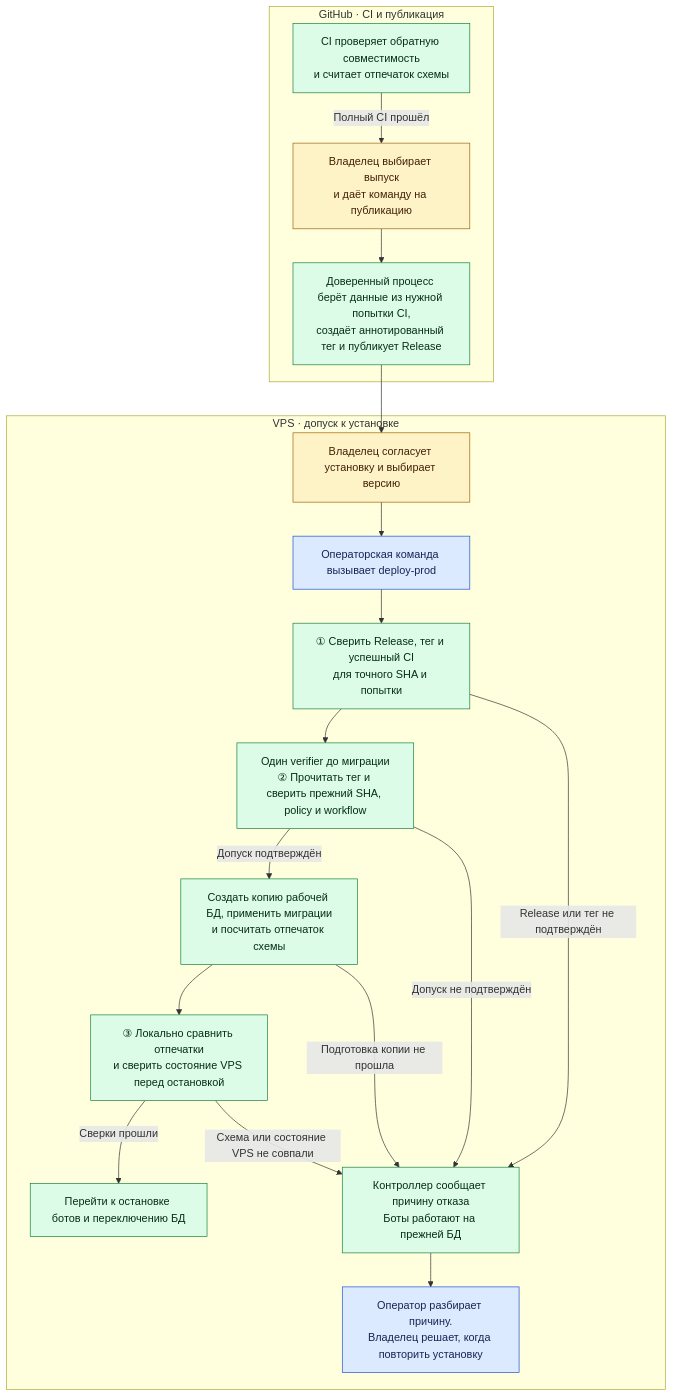
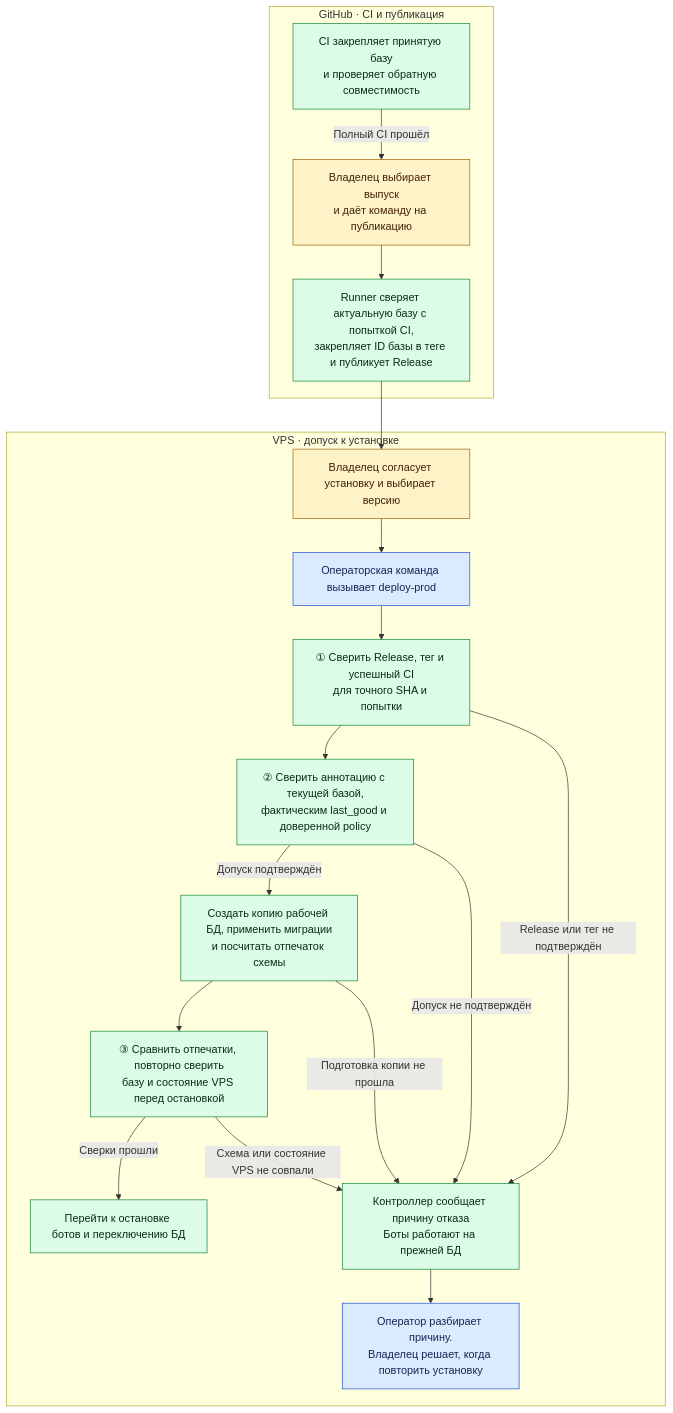
The sixth of 7 diagrams in docs/release-ci-admission/CI_AND_DEPLOY.md (karateka-git/compadre-assistant), drawn with Mermaid before and after one commit. The commit also changed other lines of this file and 6 other files, not shown here.

````diff
--- a/docs/release-ci-admission/CI_AND_DEPLOY.md
+++ b/docs/release-ci-admission/CI_AND_DEPLOY.md
@@ -462,32 +454,32 @@
 ```mermaid
 flowchart TD
     subgraph GH["GitHub · CI и публикация"]
-        CI["CI проверяет обратную совместимость<br/>и считает отпечаток схемы"]
+        CI["CI закрепляет принятую базу<br/>и проверяет обратную совместимость"]
         CI -->|Полный CI прошёл| PUB_OK["Владелец выбирает выпуск<br/>и даёт команду на публикацию"]
-        PUB_OK --> PUB["Доверенный процесс берёт данные из нужной попытки CI,<br/>создаёт аннотированный тег и публикует Release"]
+        PUB_OK --> PUB["Runner сверяет актуальную базу с попыткой CI,<br/>закрепляет ID базы в теге и публикует Release"]
     end
 
     subgraph VPS["VPS · допуск к установке"]
         DEPLOY_OK["Владелец согласует установку и выбирает версию"]
         DEPLOY_OK --> RUN["Операторская команда вызывает deploy-prod"]
         RUN --> TAG["① Сверить Release, тег и успешный CI<br/>для точного SHA и попытки"]
-        TAG --> V["Один verifier до миграции<br/>② Прочитать тег и сверить прежний SHA, policy и workflow"]
+        TAG --> V["② Сверить аннотацию с текущей базой,<br/>фактическим last_good и доверенной policy"]
         V -->|Допуск подтверждён| COPY["Создать копию рабочей БД, применить миграции<br/>и посчитать отпечаток схемы"]
-        COPY --> CHECK["③ Локально сравнить отпечатки<br/>и сверить состояние VPS перед остановкой"]
+        COPY --> CHECK["③ Сравнить отпечатки, повторно сверить<br/>базу и состояние VPS перед остановкой"]
         CHECK -->|Сверки прошли| SWITCH["Перейти к остановке ботов и переключению БД"]
         TAG -->|Release или тег не подтверждён| BLOCKED
         V -->|Допуск не подтверждён| BLOCKED
         COPY -->|Подготовка копии не прошла| BLOCKED
         CHECK -->|Схема или состояние VPS не совпали| BLOCKED
         BLOCKED["Контроллер сообщает причину отказа<br/>Боты работают на прежней БД"]
         BLOCKED --> REVIEW["Оператор разбирает причину.<br/>Владелец решает, когда повторить установку"]
     end
 
     PUB --> DEPLOY_OK
     classDef owner fill:#fef3c7,stroke:#a16207,color:#422006
     classDef operator fill:#dbeafe,stroke:#1d4ed8,color:#172554
     classDef automatic fill:#dcfce7,stroke:#15803d,color:#052e16
     class PUB_OK,DEPLOY_OK owner
     class RUN,REVIEW operator
     class CI,PUB,TAG,V,COPY,CHECK,SWITCH,BLOCKED automatic
 ```
````
